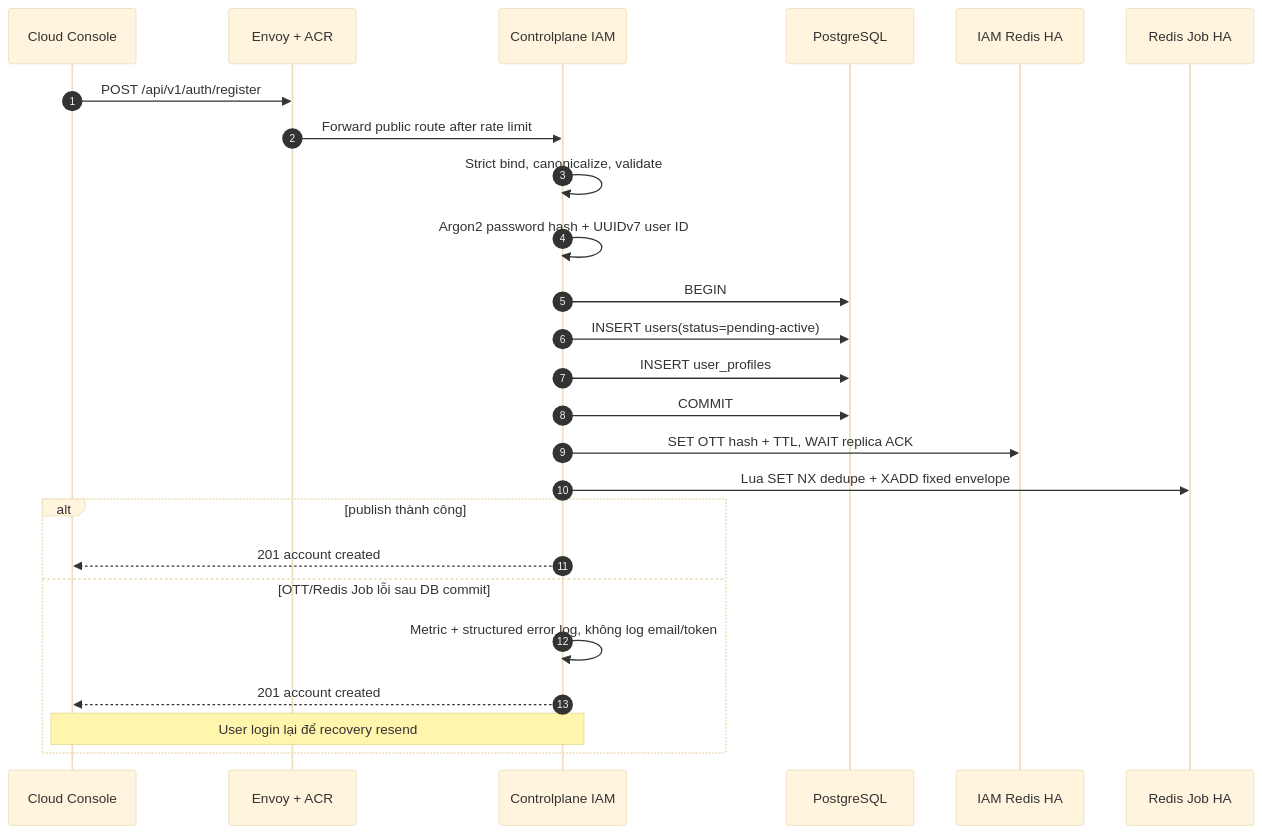
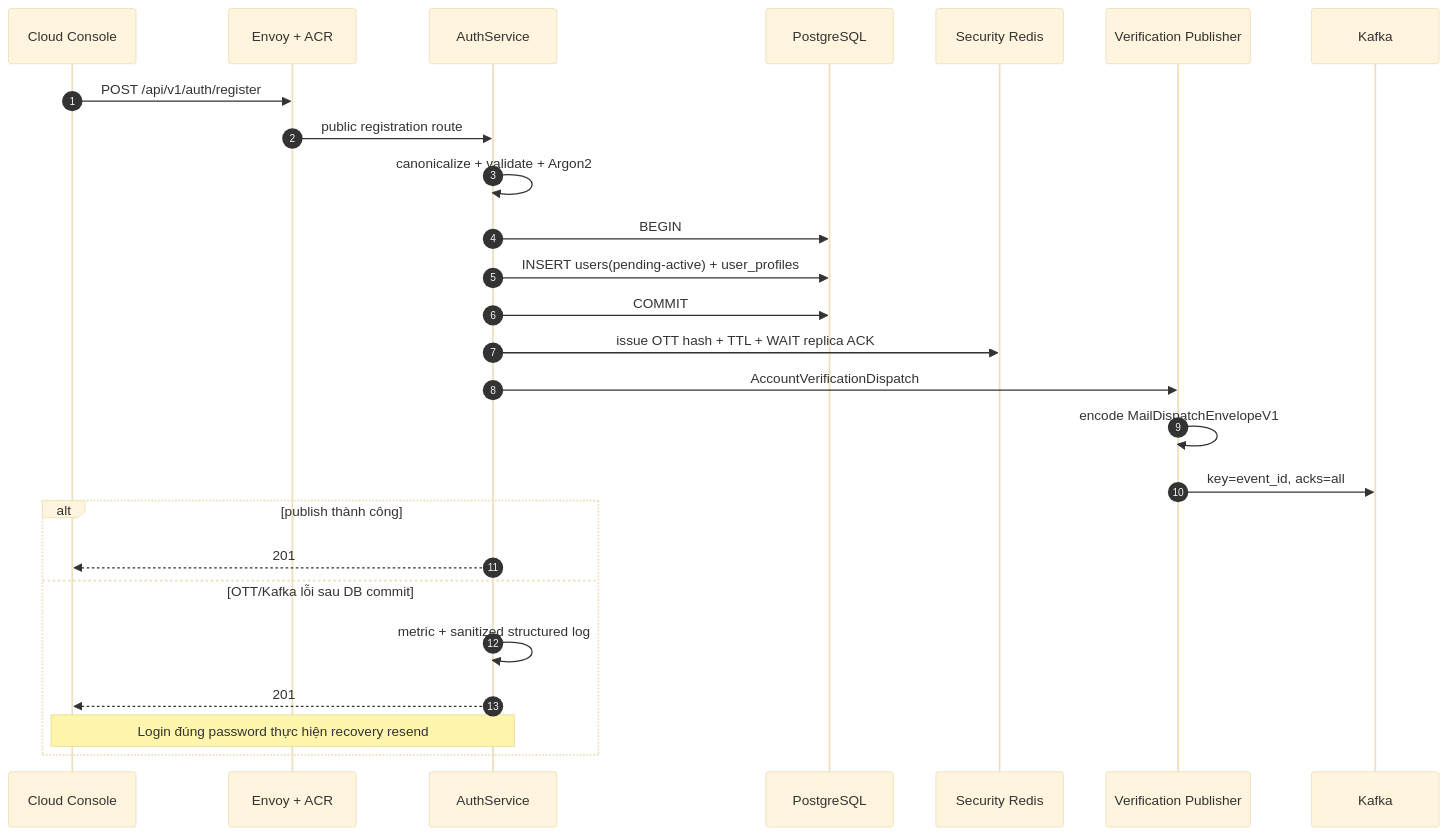
The first of 3 diagrams in god_view/iam/user_registration_god_view_workflow.md (phucle996/aurora), drawn with Mermaid (base theme) before and after one commit. The commit also changed other lines of this file and 91 other files, not shown here.

Commit message:
feat: migrate job-orchestrator and dataplane communication from Redis PubSub to Kafka transport layer

````diff
--- a/god_view/iam/user_registration_god_view_workflow.md
+++ b/god_view/iam/user_registration_god_view_workflow.md
@@ -97,28 +101,29 @@
 ```mermaid
 sequenceDiagram
     autonumber
     participant UI as Cloud Console
     participant Edge as Envoy + ACR
-    participant IAM as Controlplane IAM
+    participant IAM as AuthService
     participant DB as PostgreSQL
-    participant R as IAM Redis HA
-    participant RJ as Redis Job HA
+    participant R as Security Redis
+    participant P as Verification Publisher
+    participant K as Kafka
 
     UI->>Edge: POST /api/v1/auth/register
-    Edge->>IAM: Forward public route after rate limit
-    IAM->>IAM: Strict bind, canonicalize, validate
-    IAM->>IAM: Argon2 password hash + UUIDv7 user ID
+    Edge->>IAM: public registration route
+    IAM->>IAM: canonicalize + validate + Argon2
     IAM->>DB: BEGIN
-    IAM->>DB: INSERT users(status=pending-active)
-    IAM->>DB: INSERT user_profiles
+    IAM->>DB: INSERT users(pending-active) + user_profiles
     IAM->>DB: COMMIT
-    IAM->>R: SET OTT hash + TTL, WAIT replica ACK
-    IAM->>RJ: Lua SET NX dedupe + XADD fixed envelope
+    IAM->>R: issue OTT hash + TTL + WAIT replica ACK
+    IAM->>P: AccountVerificationDispatch
+    P->>P: encode MailDispatchEnvelopeV1
+    P->>K: key=event_id, acks=all
     alt publish thành công
-        IAM-->>UI: 201 account created
-    else OTT/Redis Job lỗi sau DB commit
-        IAM->>IAM: Metric + structured error log, không log email/token
-        IAM-->>UI: 201 account created
-        Note over UI,IAM: User login lại để recovery resend
+        IAM-->>UI: 201
+    else OTT/Kafka lỗi sau DB commit
+        IAM->>IAM: metric + sanitized structured log
+        IAM-->>UI: 201
+        Note over UI,IAM: Login đúng password thực hiện recovery resend
     end
 ```
````
